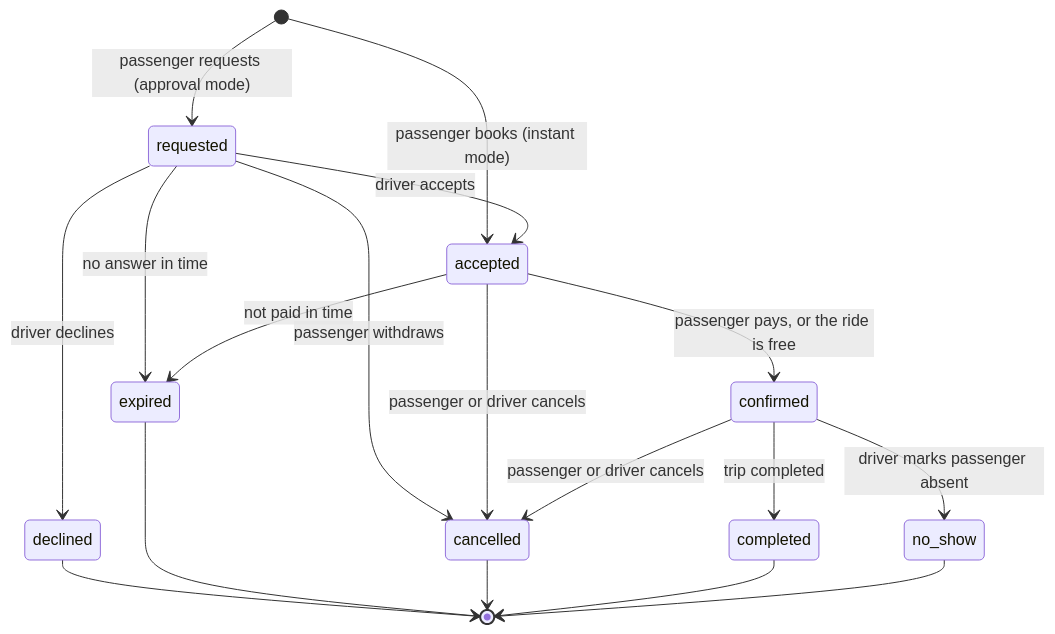
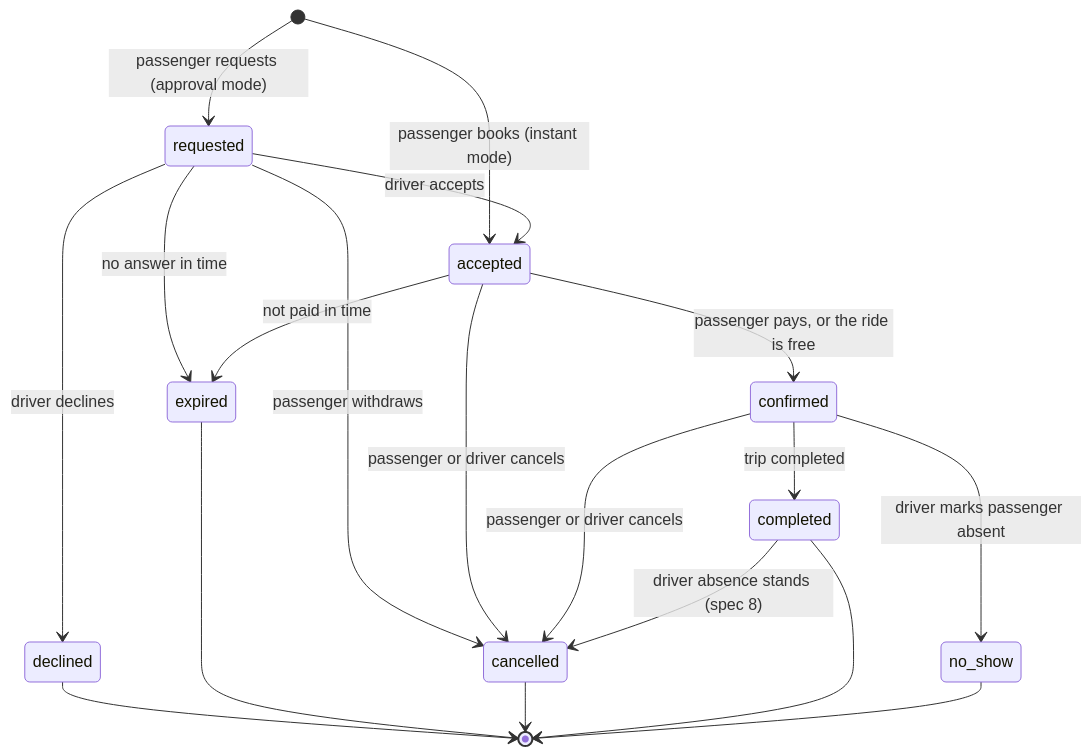
Before and after one commit to safarcikm/ShareRide: the diagram in docs/product/pricing-and-seats.md, drawn with Mermaid. The commit also changed other lines of this file and 7 other files, not shown here.

````diff
--- a/docs/product/pricing-and-seats.md
+++ b/docs/product/pricing-and-seats.md
@@ -213,20 +213,21 @@
 ```mermaid
 stateDiagram-v2
   [*] --> requested : passenger requests (approval mode)
   [*] --> accepted : passenger books (instant mode)
   requested --> accepted : driver accepts
   requested --> declined : driver declines
   requested --> expired : no answer in time
   requested --> cancelled : passenger withdraws
   accepted --> confirmed : passenger pays, or the ride is free
   accepted --> expired : not paid in time
   accepted --> cancelled : passenger or driver cancels
   confirmed --> cancelled : passenger or driver cancels
   confirmed --> completed : trip completed
   confirmed --> no_show : driver marks passenger absent
   declined --> [*]
   expired --> [*]
   cancelled --> [*]
+  completed --> cancelled : driver absence stands (spec 8)
   completed --> [*]
   no_show --> [*]
 ```
````
